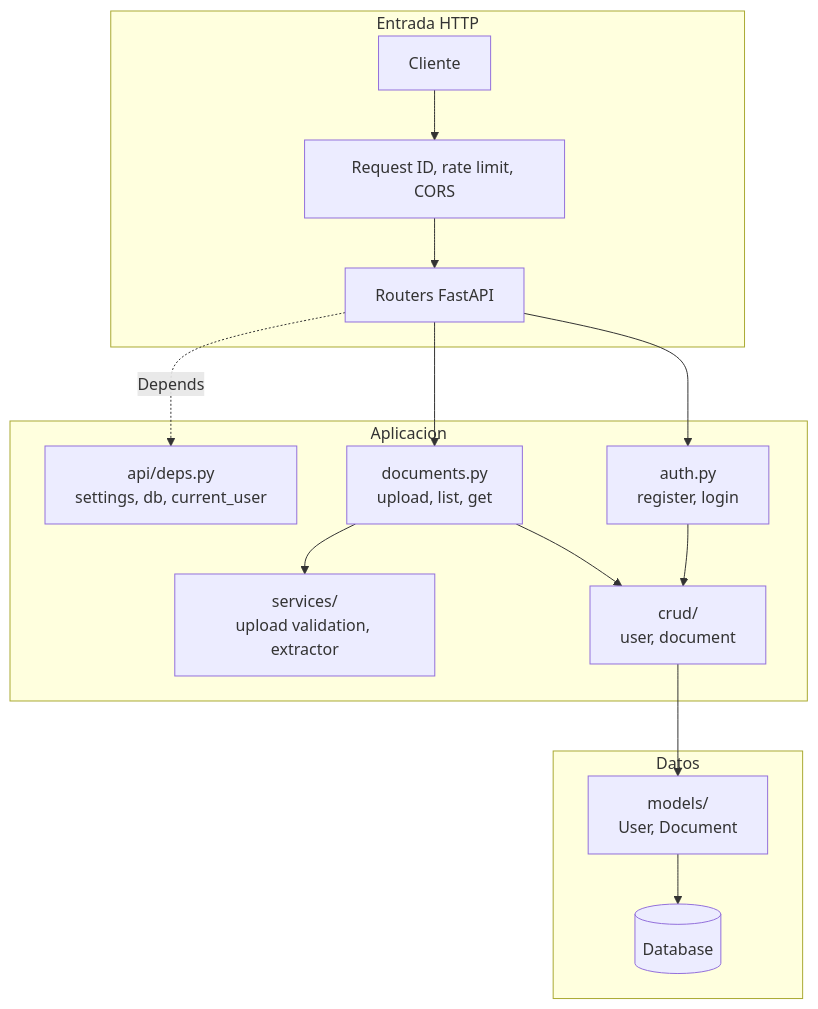
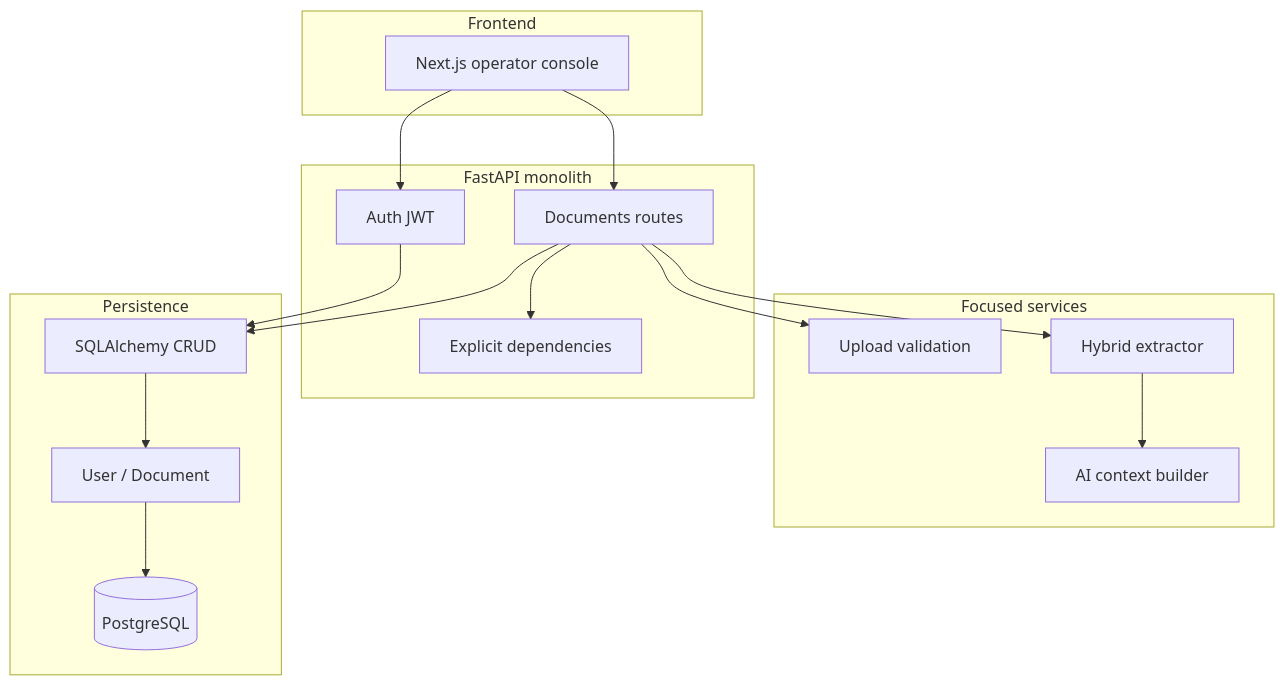
Before and after one commit to hxcCoder/LogisParse: the first of 2 diagrams in logisparse/ARCHITECTURE.md, drawn with Mermaid. The commit also changed other lines of this file and 24 other files, not shown here.

````diff
--- a/logisparse/ARCHITECTURE.md
+++ b/logisparse/ARCHITECTURE.md
@@ -7,30 +28,34 @@
 ```mermaid
 flowchart TB
-    subgraph Edge["Entrada HTTP"]
-        Client["Cliente"]
-        Middleware["Request ID, rate limit, CORS"]
-        Routers["Routers FastAPI"]
+    subgraph Frontend["Frontend"]
+        UI["Next.js operator console"]
     end
 
-    subgraph App["Aplicacion"]
-        Deps["api/deps.py<br/>settings, db, current_user"]
-        Auth["auth.py<br/>register, login"]
-        Documents["documents.py<br/>upload, list, get"]
-        Services["services/<br/>upload validation, extractor"]
-        Crud["crud/<br/>user, document"]
+    subgraph API["FastAPI monolith"]
+        Auth["Auth JWT"]
+        Docs["Documents routes"]
+        Deps["Explicit dependencies"]
     end
 
-    subgraph Data["Datos"]
-        Models["models/<br/>User, Document"]
-        DB[("Database")]
+    subgraph Domain["Focused services"]
+        Validation["Upload validation"]
+        Extractor["Hybrid extractor"]
+        Context["AI context builder"]
     end
 
-    Client --> Middleware --> Routers
-    Routers --> Auth
-    Routers --> Documents
-    Routers -. Depends .-> Deps
+    subgraph Persistence["Persistence"]
+        Crud["SQLAlchemy CRUD"]
+        Models["User / Document"]
+        DB[("PostgreSQL")]
+    end
+
+    UI --> Auth
+    UI --> Docs
+    Docs --> Deps
+    Docs --> Validation
+    Docs --> Extractor
+    Extractor --> Context
     Auth --> Crud
-    Documents --> Services
-    Documents --> Crud
+    Docs --> Crud
     Crud --> Models --> DB
 ```
````
